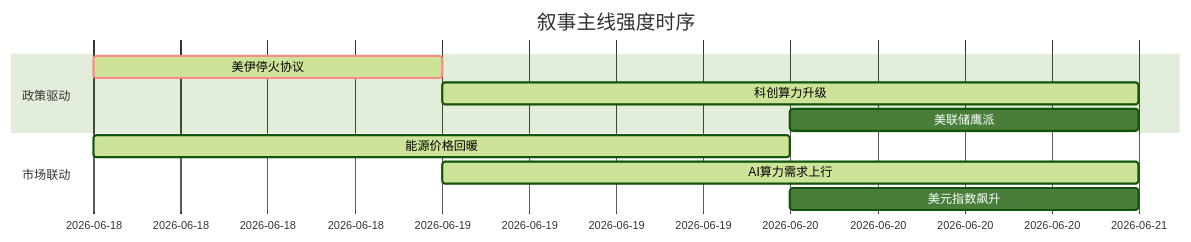
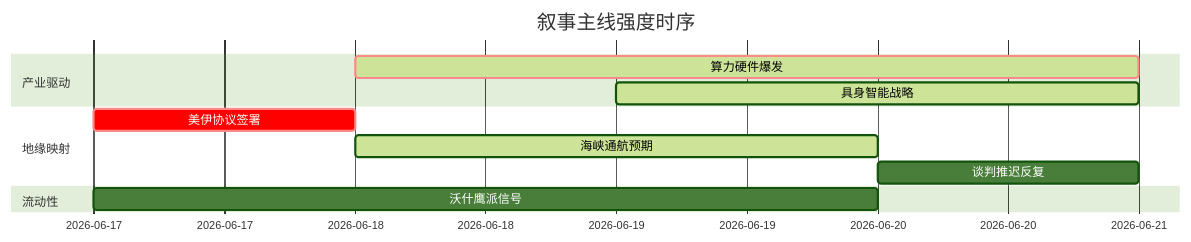
One commit to uu5zn/uu5zn.github.io changed the diagram in 5day_report.md. Above: the diagram before and after it, drawn with Mermaid (forest theme). The commit also changed other lines of this file and 1 other file, not shown here.

````diff
--- a/5day_report.md
+++ b/5day_report.md
@@ -55,14 +54,16 @@
 ```mermaid
 gantt
     title 叙事主线强度时序
     dateFormat  YYYY-MM-DD
-    section 政策驱动
-    美伊停火协议   :crit, active, 2026-06-18, 1d
-    科创算力升级   :active, 2026-06-19, 2d
-    美联储鹰派    :2026-06-20, 1d
-
-    section 市场联动
-    能源价格回暖   :active, 2026-06-18, 2d
-    AI算力需求上行 :active, 2026-06-19, 2d
-    美元指数飙升   :2026-06-20, 1d
+    section 产业驱动
+    算力硬件爆发   :crit, active, 2026-06-18, 3d
+    具身智能战略   :active, 2026-06-19, 2d
+    
+    section 地缘映射
+    美伊协议签署   :crit, 2026-06-17, 1d
+    海峡通航预期   :active, 2026-06-18, 2d
+    谈判推迟反复   :2026-06-20, 1d
+    
+    section 流动性
+    沃什鹰派信号   :2026-06-17, 3d
 ```
````
